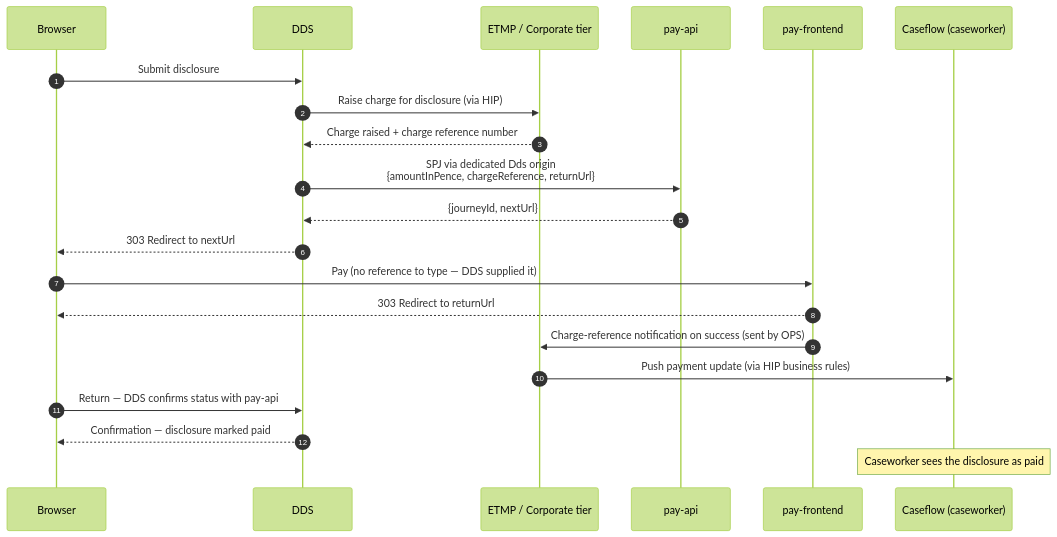
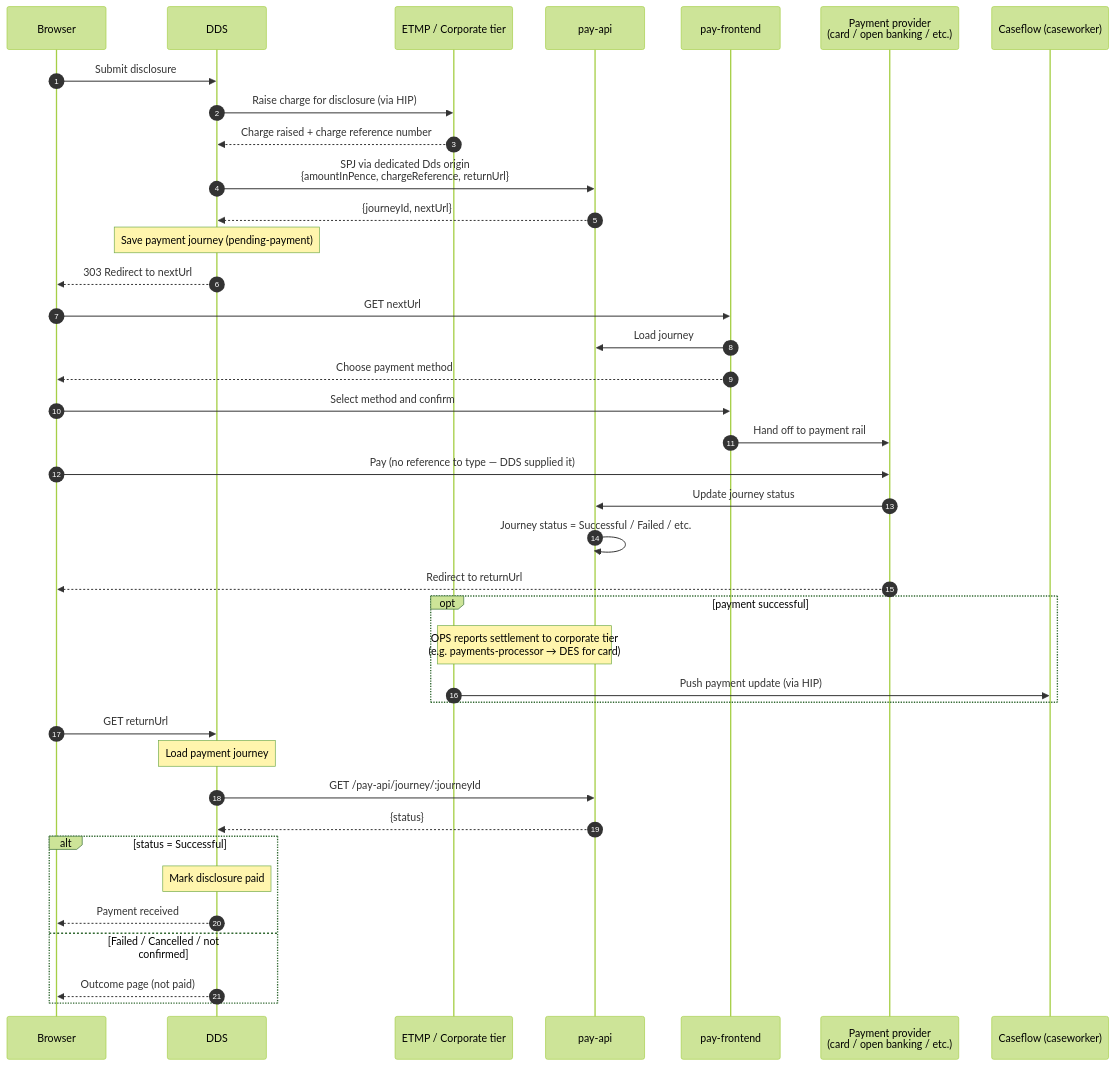
Before and after one commit to hmrc/digital-disclosure-service-alpha-frontend: the fourth of 5 diagrams in README.md, drawn with Mermaid (forest theme). The commit also changed other lines of this file, not shown here.

Commit message:
UDS-383: Update OPS production diagram and document findings
Align the production sequence diagram with the generic OPS payment-rail
pattern and clarify that OPS (not DDS) owns corporate-tier settlement
reporting. Point readers to the companion findings document for onboarding.

````diff
--- a/README.md
+++ b/README.md
@@ -322,27 +324,47 @@
 ```mermaid
 sequenceDiagram
     autonumber
     participant User as Browser
     participant DDS as DDS
     participant ETMP as ETMP / Corporate tier
     participant PayApi as pay-api
     participant PayFE as pay-frontend
+    participant Provider as Payment provider<br/>(card / open banking / etc.)
     participant Caseflow as Caseflow (caseworker)
 
     User->>DDS: Submit disclosure
     DDS->>ETMP: Raise charge for disclosure (via HIP)
     ETMP-->>DDS: Charge raised + charge reference number
 
     DDS->>PayApi: SPJ via dedicated Dds origin<br/>{amountInPence, chargeReference, returnUrl}
     PayApi-->>DDS: {journeyId, nextUrl}
+    Note over DDS: Save payment journey (pending-payment)
     DDS-->>User: 303 Redirect to nextUrl
 
-    User->>PayFE: Pay (no reference to type — DDS supplied it)
-    PayFE-->>User: 303 Redirect to returnUrl
-    PayFE->>ETMP: Charge-reference notification on success (sent by OPS)
-    ETMP->>Caseflow: Push payment update (via HIP business rules)
+    User->>PayFE: GET nextUrl
+    PayFE->>PayApi: Load journey
+    PayFE-->>User: Choose payment method
 
-    User->>DDS: Return — DDS confirms status with pay-api
-    DDS-->>User: Confirmation — disclosure marked paid
-    Note over Caseflow: Caseworker sees the disclosure as paid
+    User->>PayFE: Select method and confirm
+    PayFE->>Provider: Hand off to payment rail
+    User->>Provider: Pay (no reference to type — DDS supplied it)
+    Provider->>PayApi: Update journey status
+    PayApi->>PayApi: Journey status = Successful / Failed / etc.
+    Provider-->>User: Redirect to returnUrl
+
+    opt payment successful
+        Note over PayApi,ETMP: OPS reports settlement to corporate tier<br/>(e.g. payments-processor → DES for card)
+        ETMP->>Caseflow: Push payment update (via HIP)
+    end
+
+    User->>DDS: GET returnUrl
+    Note over DDS: Load payment journey
+    DDS->>PayApi: GET /pay-api/journey/:journeyId
+    PayApi-->>DDS: {status}
+    alt status = Successful
+        Note over DDS: Mark disclosure paid
+        DDS-->>User: Payment received
+    else Failed / Cancelled / not confirmed
+        DDS-->>User: Outcome page (not paid)
+    end
 ```
````
